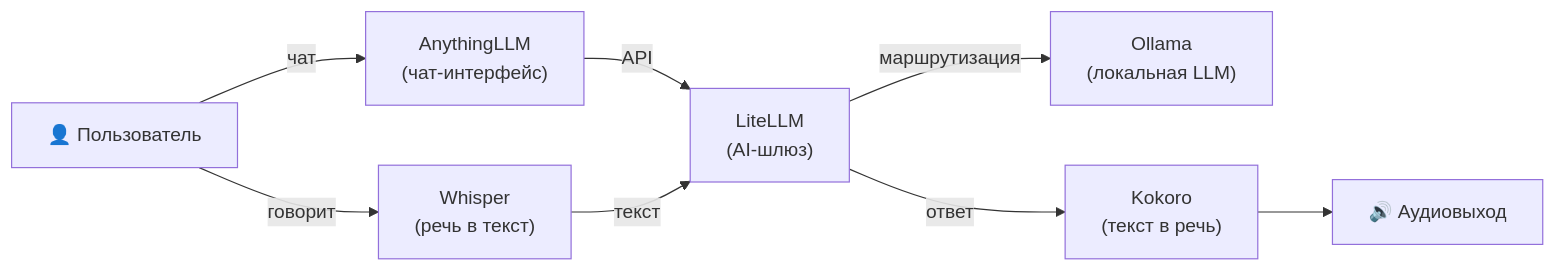
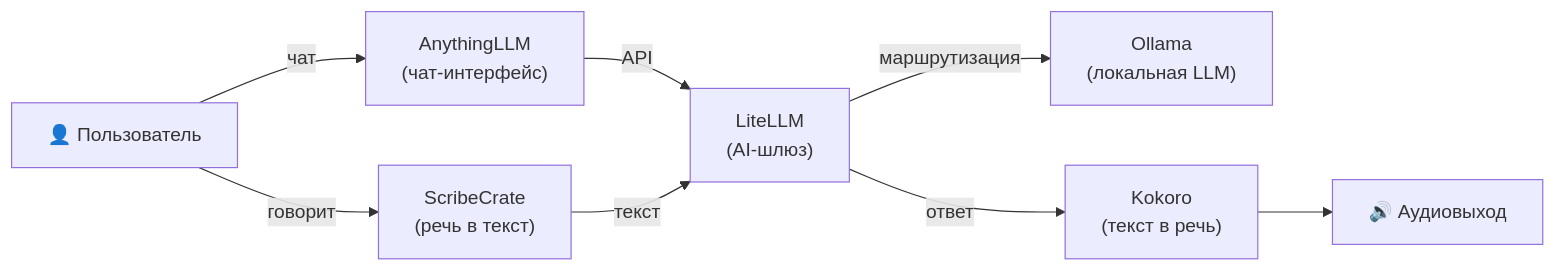
Before and after one commit to hwdsl2/self-hosted-ai-stack: the diagram in stacks/voice-chat/README-ru.md, drawn with Mermaid. The commit also changed other lines of this file and 19 other files, not shown here.

````diff
--- a/stacks/voice-chat/README-ru.md
+++ b/stacks/voice-chat/README-ru.md
@@ -17,10 +17,10 @@
 ```mermaid
 graph LR
     U["👤 Пользователь"] -->|чат| A["AnythingLLM<br/>(чат-интерфейс)"]
-    U -->|говорит| W["Whisper<br/>(речь в текст)"]
+    U -->|говорит| W["ScribeCrate<br/>(речь в текст)"]
     A -->|API| L["LiteLLM<br/>(AI-шлюз)"]
     L -->|маршрутизация| O["Ollama<br/>(локальная LLM)"]
     L -->|ответ| K["Kokoro<br/>(текст в речь)"]
     K --> S["🔊 Аудиовыход"]
     W -->|текст| L
 ```
````
